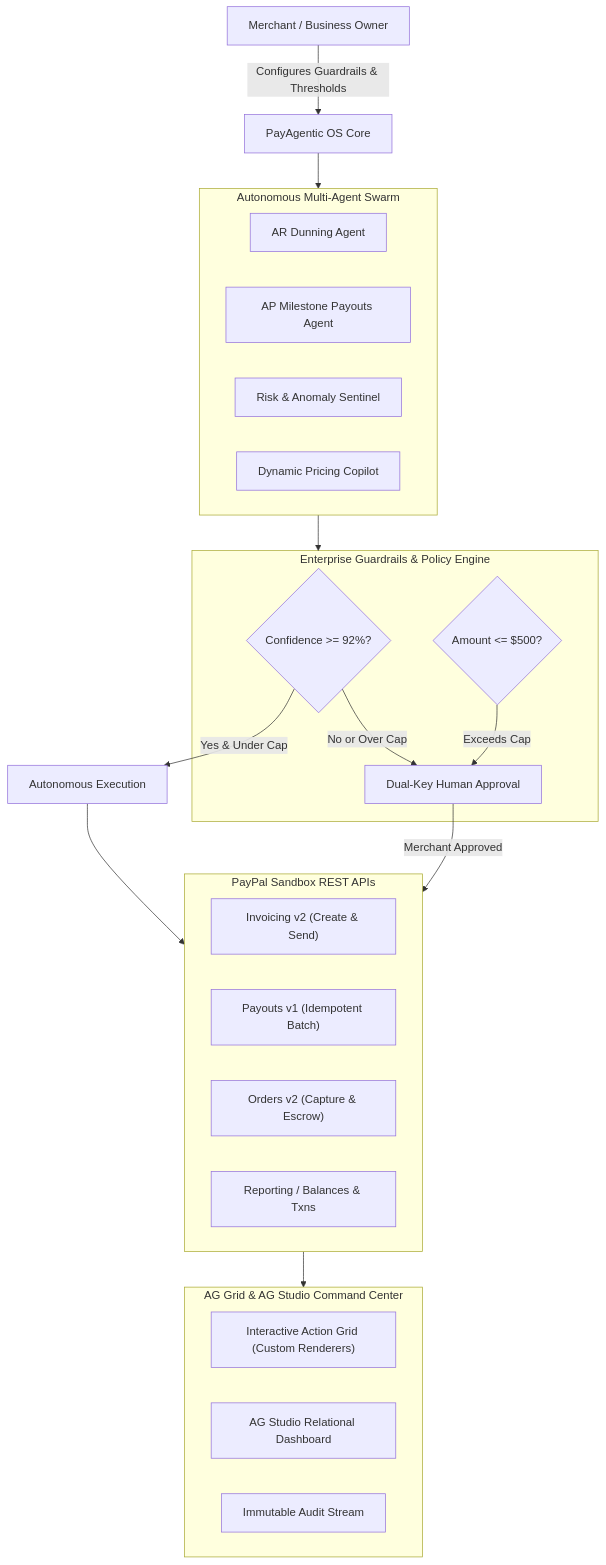
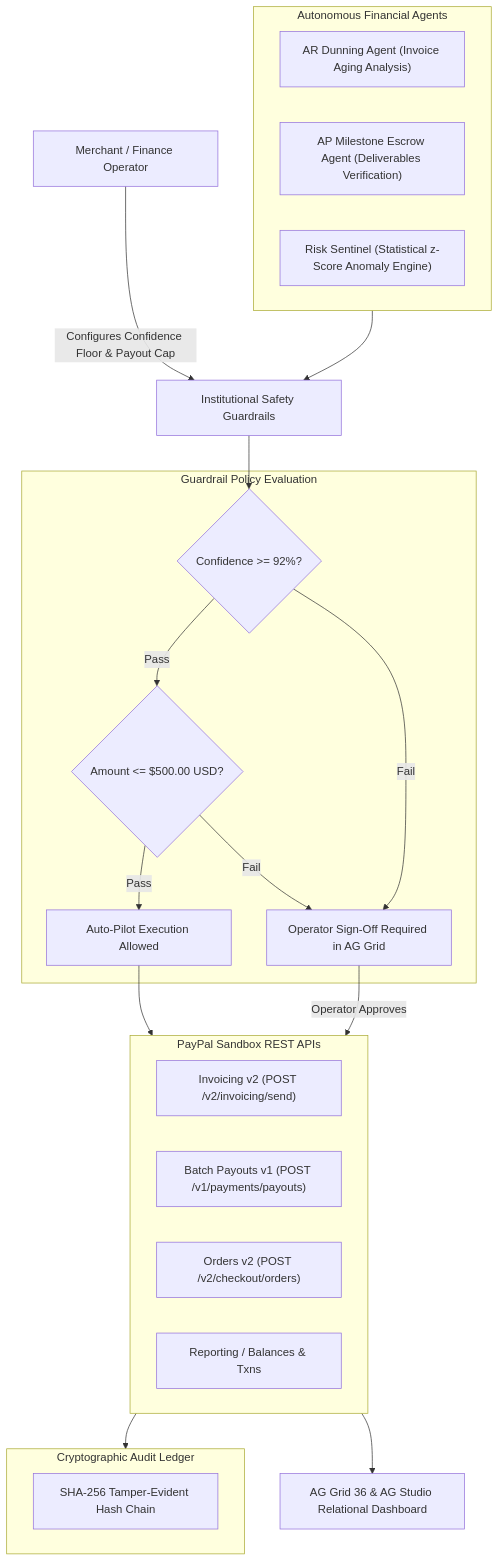
Before and after one commit to AbayAtazhan/payagentic-os: the diagram in README.md, drawn with Mermaid. The commit also changed other lines of this file and 11 other files, not shown here.

Commit message:
fix(core): real statistical z-score engine, cryptographic SHA-256 audit ledger, APIMatic tool grounding, and truthful telemetry

````diff
--- a/README.md
+++ b/README.md
@@ -22,42 +25,42 @@
 ```mermaid
 flowchart TD
-    Merchant["Merchant / Business Owner"] -->|Configures Guardrails & Thresholds| AgentOS["PayAgentic OS Core"]
+    Merchant["Merchant / Finance Operator"] -->|Configures Confidence Floor & Payout Cap| Guardrails["Institutional Safety Guardrails"]
     
-    subgraph Swarm["Autonomous Multi-Agent Swarm"]
-        AR["AR Dunning Agent"]
-        AP["AP Milestone Payouts Agent"]
-        Risk["Risk & Anomaly Sentinel"]
-        Pricing["Dynamic Pricing Copilot"]
+    subgraph Swarm["Autonomous Financial Agents"]
+        AR["AR Dunning Agent (Invoice Aging Analysis)"]
+        AP["AP Milestone Escrow Agent (Deliverables Verification)"]
+        Risk["Risk Sentinel (Statistical z-Score Anomaly Engine)"]
     end
     
-    AgentOS --> Swarm
+    Swarm --> Guardrails
     
-    subgraph Safety["Enterprise Guardrails & Policy Engine"]
-        Confidence{"Confidence >= 92%?"}
-        Cap{"Amount <= $500?"}
-        DualKey["Dual-Key Human Approval"]
+    subgraph PolicyEngine["Guardrail Policy Evaluation"]
+        ConfCheck{"Confidence >= 92%?"}
+        CapCheck{"Amount <= $500.00 USD?"}
+        DualKey["Operator Sign-Off Required in AG Grid"]
+        AutoExec["Auto-Pilot Execution Allowed"]
     end
     
-    Swarm --> Safety
-    Confidence -->|Yes & Under Cap| AutoExec["Autonomous Execution"]
-    Confidence -->|No or Over Cap| DualKey
-    Cap -->|Exceeds Cap| DualKey
+    Guardrails --> ConfCheck
+    ConfCheck -->|Pass| CapCheck
+    ConfCheck -->|Fail| DualKey
+    CapCheck -->|Pass| AutoExec
+    CapCheck -->|Fail| DualKey
     
     subgraph PayPal["PayPal Sandbox REST APIs"]
-        Invoicing["Invoicing v2 (Create & Send)"]
-        Payouts["Payouts v1 (Idempotent Batch)"]
-        Orders["Orders v2 (Capture & Escrow)"]
+        Invoicing["Invoicing v2 (POST /v2/invoicing/send)"]
+        Payouts["Batch Payouts v1 (POST /v1/payments/payouts)"]
+        Orders["Orders v2 (POST /v2/checkout/orders)"]
         Balances["Reporting / Balances & Txns"]
     end
     
     AutoExec --> PayPal
-    DualKey -->|Merchant Approved| PayPal
+    DualKey -->|Operator Approves| PayPal
     
-    subgraph UI["AG Grid & AG Studio Command Center"]
-        Grid["Interactive Action Grid (Custom Renderers)"]
-        Studio["AG Studio Relational Dashboard"]
-        Audit["Immutable Audit Stream"]
+    subgraph Ledger["Cryptographic Audit Ledger"]
+        HashChain["SHA-256 Tamper-Evident Hash Chain"]
     end
     
-    PayPal --> UI
+    PayPal --> Ledger
+    PayPal --> AGGrid["AG Grid 36 & AG Studio Relational Dashboard"]
 ```
````
